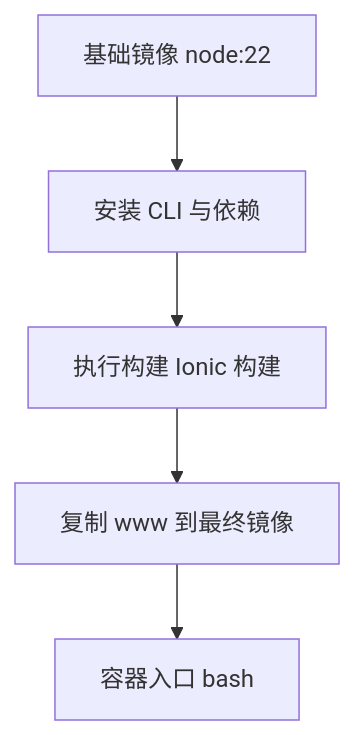
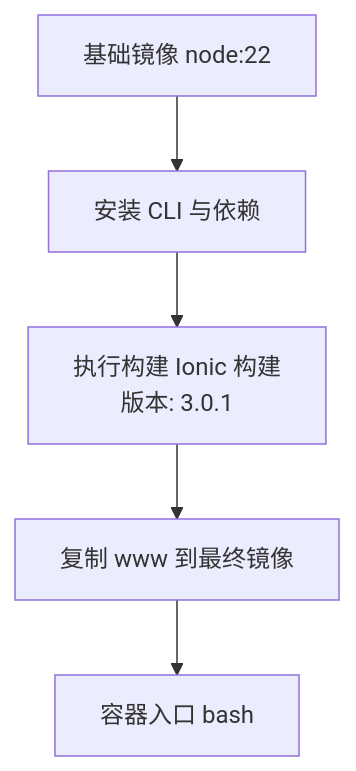
One commit to tea4go/Macro-Deck-Client-App changed the seventh of 9 diagrams in .qoder/repowiki/zh/content/构建与部署/平台部署/平台部署.md. Above: the diagram before and after it, drawn with Mermaid. The commit also changed other lines of this file and 15 other files, not shown here.

````diff
--- a/.qoder/repowiki/zh/content/构建与部署/平台部署/平台部署.md
+++ b/.qoder/repowiki/zh/content/构建与部署/平台部署/平台部署.md
@@ -303,7 +339,7 @@
 ```mermaid
 flowchart TD
 D1["基础镜像 node:22"] --> D2["安装 CLI 与依赖"]
-D2 --> D3["执行构建 Ionic 构建"]
+D2 --> D3["执行构建 Ionic 构建<br/>版本: 3.0.1"]
 D3 --> D4["复制 www 到最终镜像"]
 D4 --> D5["容器入口 bash"]
 ```
````
